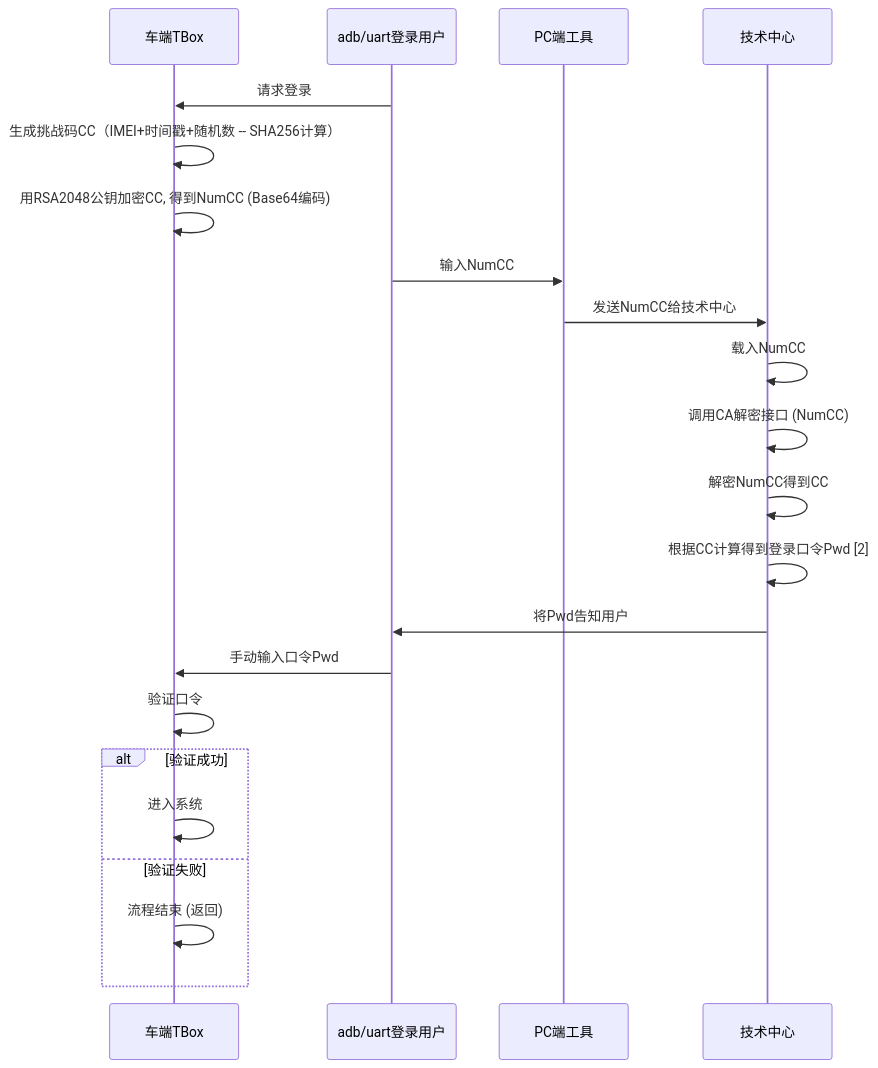
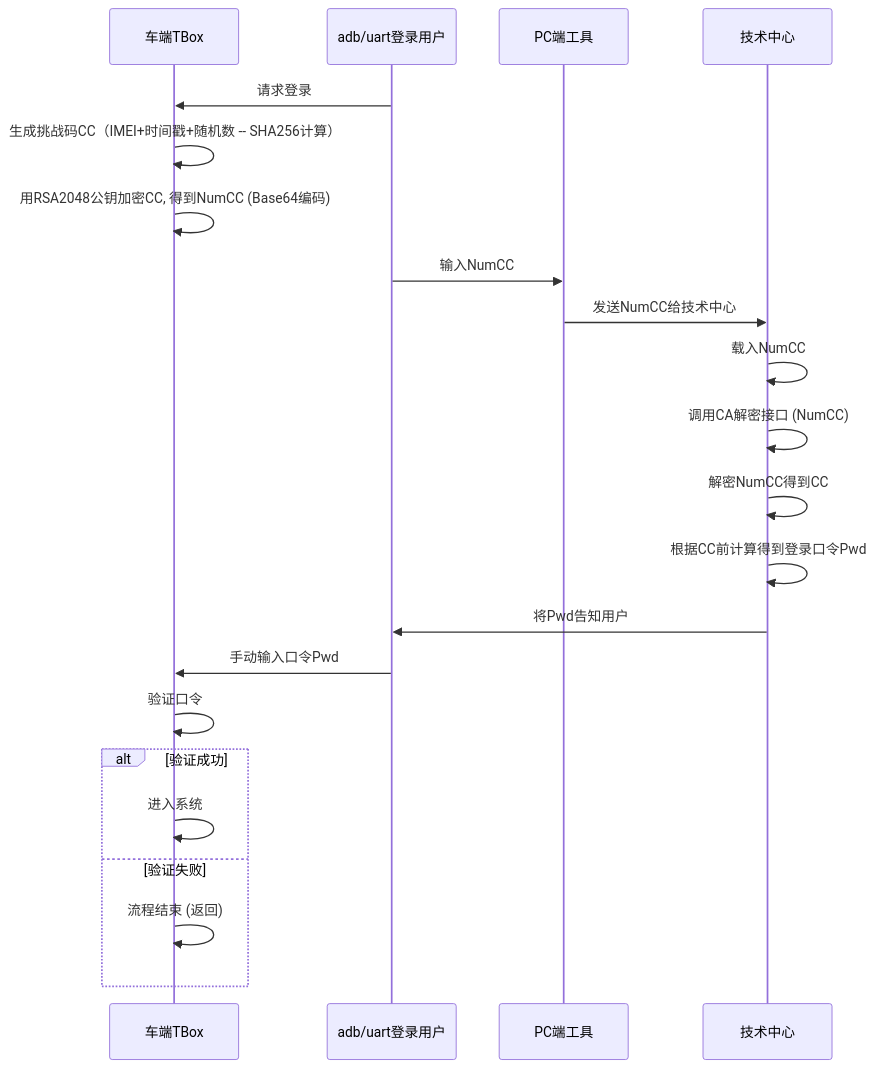
The diagram in all/未命名-13.md (facebook-cloud/iodraw-files), drawn with Mermaid before and after one commit.

Commit message:
2026-01-26 18:57:32 update

````diff
--- a/all/未命名-13.md
+++ b/all/未命名-13.md
@@ -1,28 +1,28 @@
 ```mermaid
 sequenceDiagram
     participant tbox as 车端TBox
     participant user as adb/uart登录用户
     participant pc as PC端工具
     participant tech_center as 技术中心
   
 
     user->>tbox: 请求登录
     tbox->>tbox: 生成挑战码CC（IMEI+时间戳+随机数 -- SHA256计算）
     tbox->>tbox: 用RSA2048公钥加密CC, 得到NumCC (Base64编码)
     user->>pc: 输入NumCC
     pc->>tech_center: 发送NumCC给技术中心
     tech_center->>tech_center: 载入NumCC
     tech_center->>tech_center: 调用CA解密接口 (NumCC)
     tech_center->>tech_center: 解密NumCC得到CC
-    tech_center->>tech_center: 根据CC计算得到登录口令Pwd [2]
+    tech_center->>tech_center: 根据CC前计算得到登录口令Pwd
     tech_center->>user: 将Pwd告知用户
     user->>tbox: 手动输入口令Pwd
-    tbox->>tbox: 验证口令 
+    tbox->>tbox: 验证口令
     alt 验证成功
         tbox->>tbox: 进入系统
     else 验证失败
         tbox->>tbox: 流程结束 (返回)
     end
 
 
 ```
````
